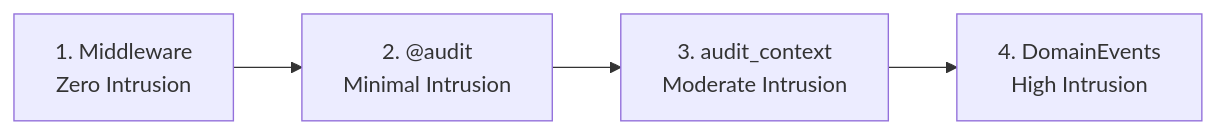
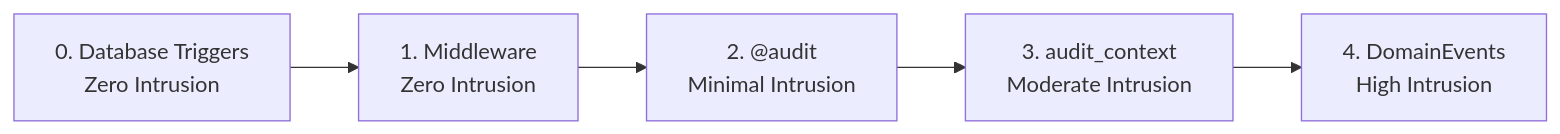
Before and after one commit to alinabuzachis/syntara: the seventh of 8 diagrams in docs/audit.md, drawn with Mermaid. The commit also changed other lines of this file and 79 other files, not shown here.

First line of the commit message:
feat: AAP-73776: AuditEvents: Automatic CRUD Audit trail via Postgres Triggers (#1057)

````diff
--- a/docs/audit.md
+++ b/docs/audit.md
@@ -539,6 +759,7 @@
 ```mermaid
 graph LR
-    A[1. Middleware<br/>Zero Intrusion] --> B[2. @audit<br/>Minimal Intrusion]
-    B --> C[3. audit_context<br/>Moderate Intrusion]
-    C --> D[4. DomainEvents<br/>High Intrusion]
+    A[0. Database Triggers<br/>Zero Intrusion] --> B[1. Middleware<br/>Zero Intrusion]
+    B --> C[2. @audit<br/>Minimal Intrusion]
+    C --> D[3. audit_context<br/>Moderate Intrusion]
+    D --> E[4. DomainEvents<br/>High Intrusion]
 ```
````
